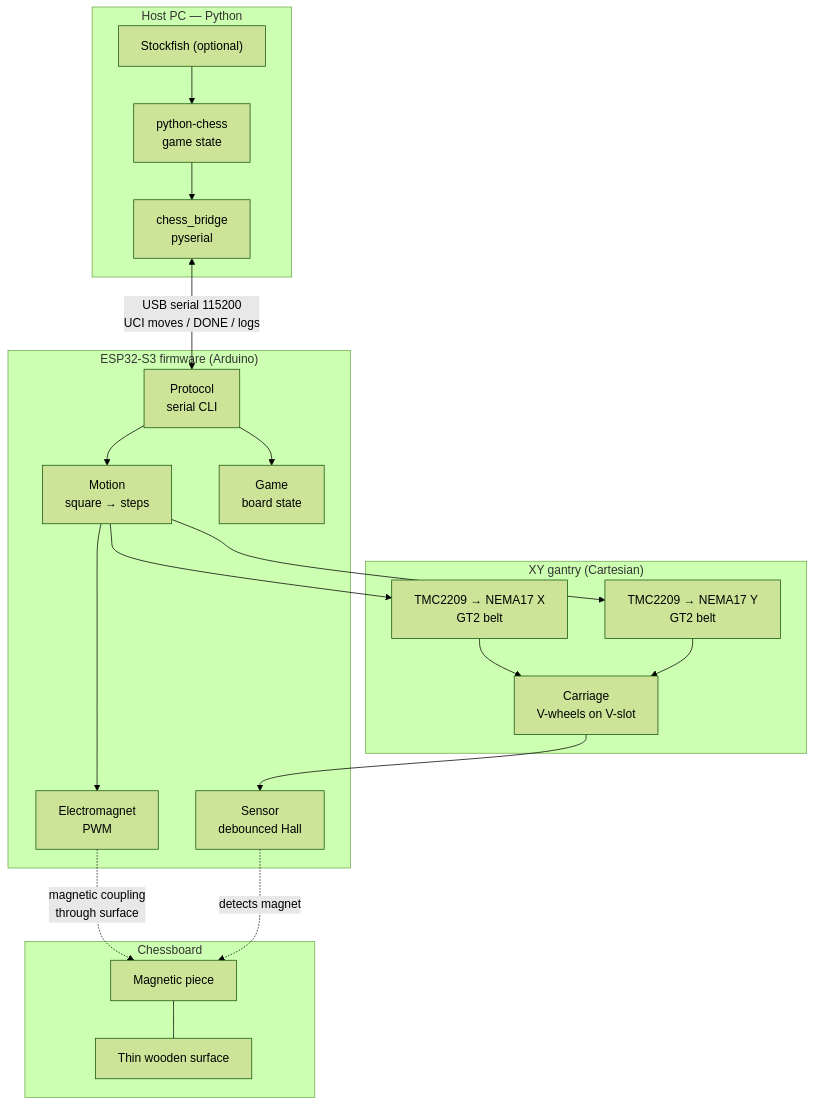
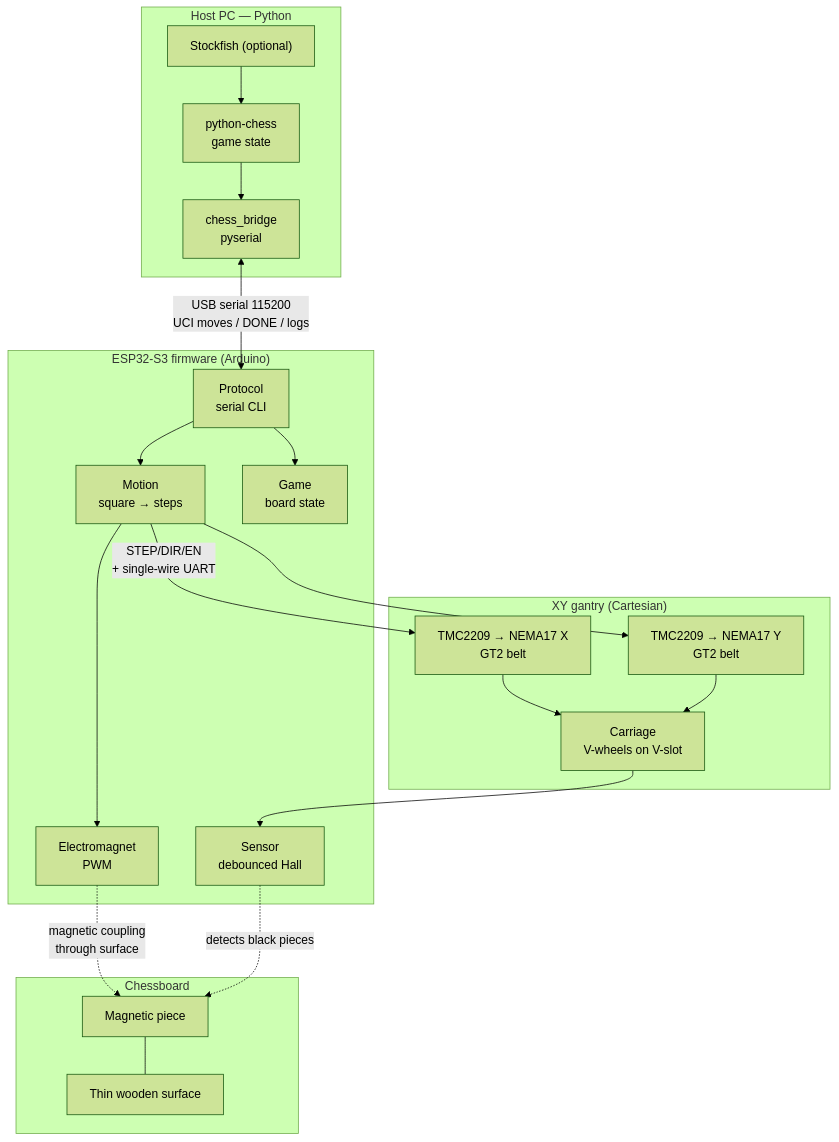
One commit to MikeBaltz/Autonomous-Robotic-Chessboard changed the diagram in README.md. Above: the diagram before and after it, drawn with Mermaid (forest theme). The commit also changed other lines of this file and 26 other files, not shown here.

Commit message:
Update docs and code: working electromagnet, single-polarity sensing, full move handling, TMC2209 UART

````diff
--- a/README.md
+++ b/README.md
@@ -42,42 +45,42 @@
 ```mermaid
 graph TB
     subgraph Host["Host PC — Python"]
         SF["Stockfish (optional)"]
         PC["python-chess<br/>game state"]
         BR["chess_bridge<br/>pyserial"]
         SF --> PC
         PC --> BR
     end
 
     subgraph ESP32["ESP32-S3 firmware (Arduino)"]
         PR["Protocol<br/>serial CLI"]
         MO["Motion<br/>square → steps"]
         GM["Game<br/>board state"]
         EM["Electromagnet<br/>PWM"]
         SE["Sensor<br/>debounced Hall"]
     end
 
     subgraph Mechanics["XY gantry (Cartesian)"]
         MX["TMC2209 → NEMA17 X<br/>GT2 belt"]
         MY["TMC2209 → NEMA17 Y<br/>GT2 belt"]
         CA["Carriage<br/>V-wheels on V-slot"]
     end
 
     subgraph Board["Chessboard"]
         SURF["Thin wooden surface"]
         PIECE["Magnetic piece"]
     end
 
     BR <-->|"USB serial 115200<br/>UCI moves / DONE / logs"| PR
     PR --> MO
     PR --> GM
-    MO --> MX
+    MO -->|"STEP/DIR/EN<br/>+ single-wire UART"| MX
     MO --> MY
     MO --> EM
     MX --> CA
     MY --> CA
     CA --> SE
     EM -.->|"magnetic coupling<br/>through surface"| PIECE
-    SE -.->|"detects magnet"| PIECE
+    SE -.->|"detects black pieces"| PIECE
     PIECE --- SURF
 ```
````
